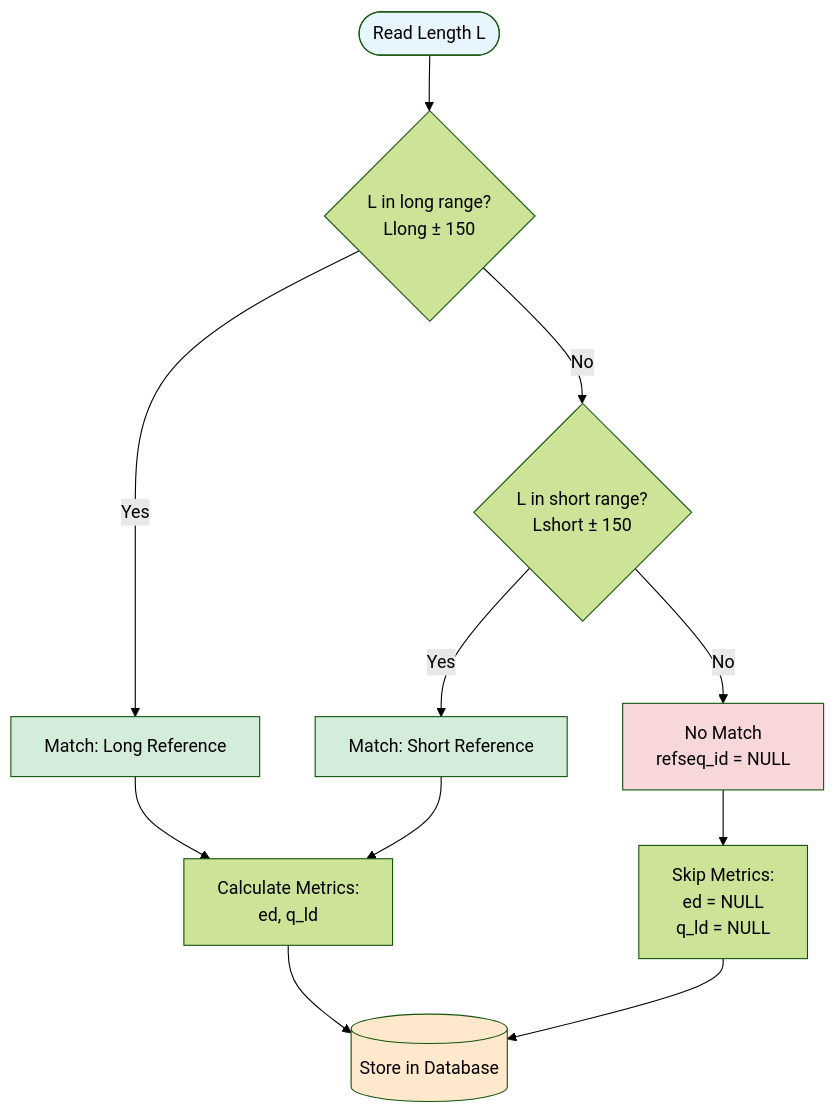
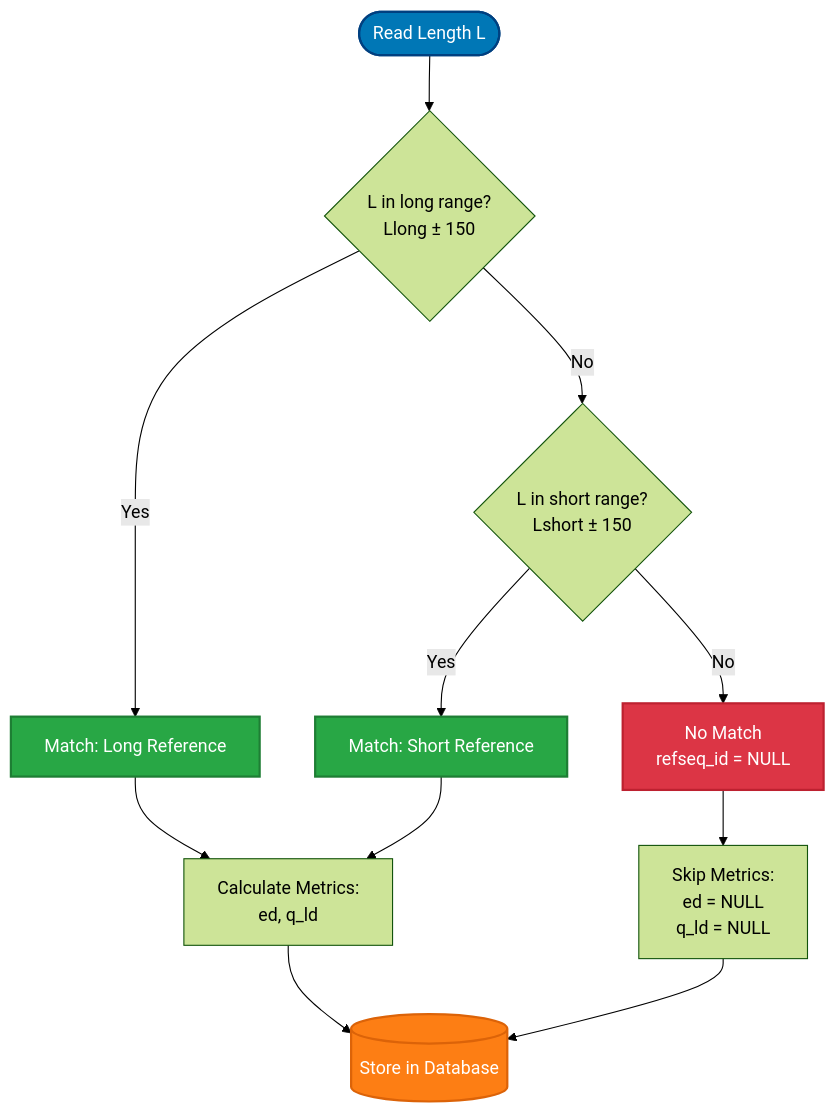
One commit to Single-Molecule-Sequencing/ONT-SMA-seq changed the seventh of 7 diagrams in DIAGRAMS.md. Above: the diagram before and after it, drawn with Mermaid (forest theme). The commit also changed other lines of this file and 1 other file, not shown here.

Commit message:
Improve color scheme for better readability in diagrams

````diff
--- a/DIAGRAMS.md
+++ b/DIAGRAMS.md
@@ -321,21 +321,21 @@
 ```mermaid
 flowchart TD
     Start([Read Length L]) --> Check1{L in long range?<br/>Llong ± 150}
     Check1 -->|Yes| Match1[Match: Long Reference]
     Check1 -->|No| Check2{L in short range?<br/>Lshort ± 150}
     Check2 -->|Yes| Match2[Match: Short Reference]
     Check2 -->|No| NoMatch[No Match<br/>refseq_id = NULL]
     
     Match1 --> Calc[Calculate Metrics:<br/>ed, q_ld]
     Match2 --> Calc
     NoMatch --> Skip[Skip Metrics:<br/>ed = NULL<br/>q_ld = NULL]
     
     Calc --> DB[(Store in Database)]
     Skip --> DB
     
-    style Start fill:#e7f5ff
-    style Match1 fill:#d4edda
-    style Match2 fill:#d4edda
-    style NoMatch fill:#f8d7da
-    style DB fill:#ffe8cc
+    style Start fill:#0077b6,stroke:#004080,stroke-width:2px,color:#fff
+    style Match1 fill:#28a745,stroke:#1e7e34,stroke-width:2px,color:#fff
+    style Match2 fill:#28a745,stroke:#1e7e34,stroke-width:2px,color:#fff
+    style NoMatch fill:#dc3545,stroke:#bd2130,stroke-width:2px,color:#fff
+    style DB fill:#fd7e14,stroke:#dc6308,stroke-width:2px,color:#fff
 ```
````
